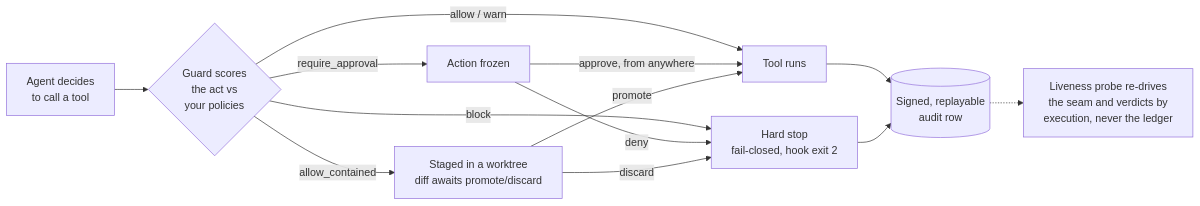
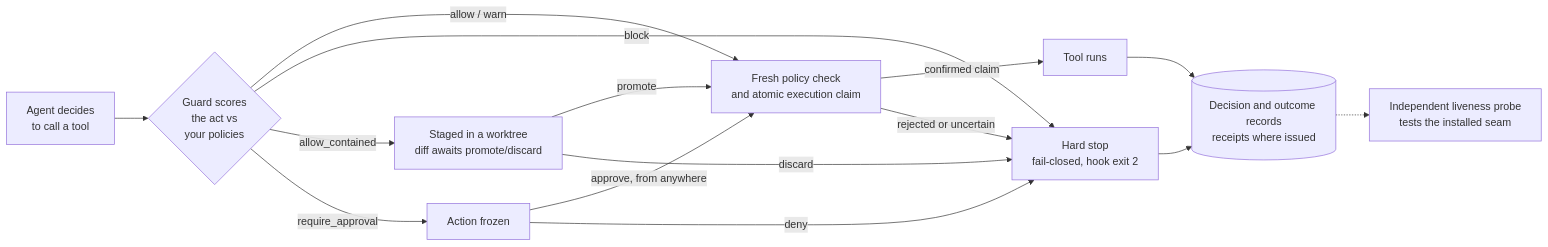
One commit to ucsandman/DashClaw changed the diagram in README.md. Above: the diagram before and after it, drawn with Mermaid. The commit also changed other lines of this file and 346 other files, not shown here.

````diff
--- a/README.md
+++ b/README.md
@@ -115,15 +113,17 @@
 ```mermaid
 flowchart LR
     A[Agent decides<br/>to call a tool] --> B{Guard scores<br/>the act vs<br/>your policies}
-    B -->|allow / warn| C[Tool runs]
+    B -->|allow / warn| G[Fresh policy check<br/>and atomic execution claim]
     B -->|block| D[Hard stop<br/>fail-closed, hook exit 2]
     B -->|allow_contained| F[Staged in a worktree<br/>diff awaits promote/discard]
     B -->|require_approval| E[Action frozen]
-    E -->|approve, from anywhere| C
+    E -->|approve, from anywhere| G
     E -->|deny| D
-    F -->|promote| C
+    F -->|promote| G
     F -->|discard| D
-    C --> L[(Signed, replayable<br/>audit row)]
+    G -->|confirmed claim| C[Tool runs]
+    G -->|rejected or uncertain| D
+    C --> L[(Decision and outcome records<br/>receipts where issued)]
     D --> L
-    L -.-> P[Liveness probe re-drives<br/>the seam and verdicts by<br/>execution, never the ledger]
+    L -.-> P[Independent liveness probe<br/>tests the installed seam]
 ```
````
